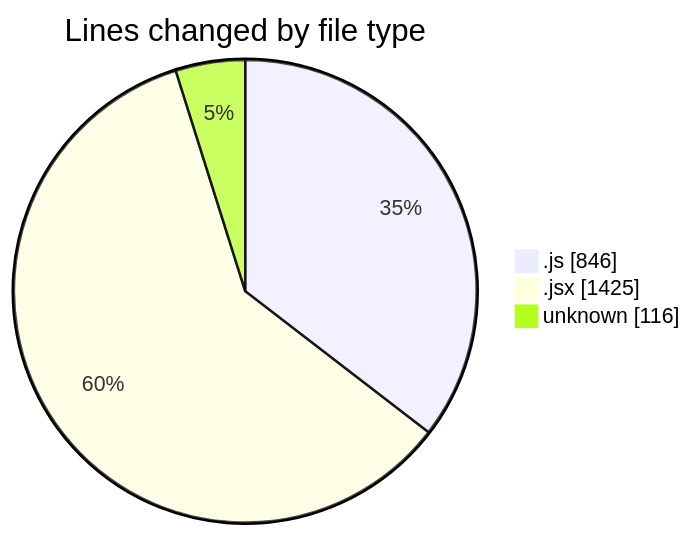
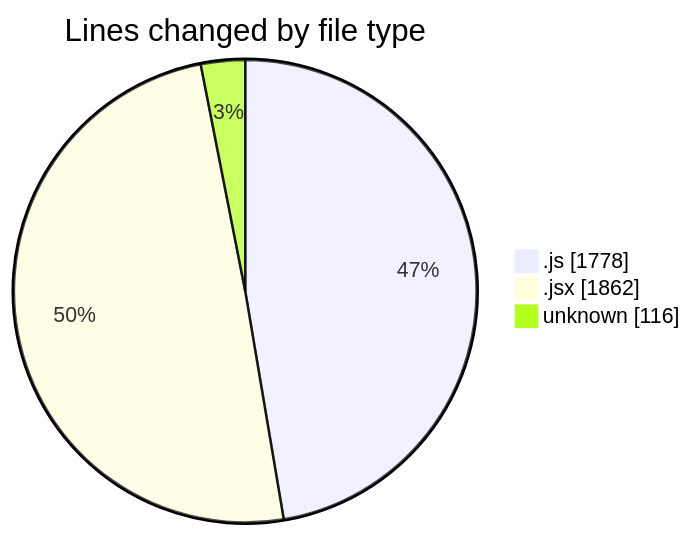
Before and after one commit to nxtqubesakshisongat/code-tracking: the first of 2 diagrams in 2025-12-01/nxtqube_webapp/README.md, drawn with Mermaid. The commit also changed other lines of this file and 1 other file, not shown here.

````diff
--- a/2025-12-01/nxtqube_webapp/README.md
+++ b/2025-12-01/nxtqube_webapp/README.md
@@ -26,7 +29,7 @@
 ```mermaid
 pie showData
 title Lines changed by file type
-".js" : 846
-".jsx" : 1425
+".js" : 1778
+".jsx" : 1862
 "unknown" : 116
 ```
````
